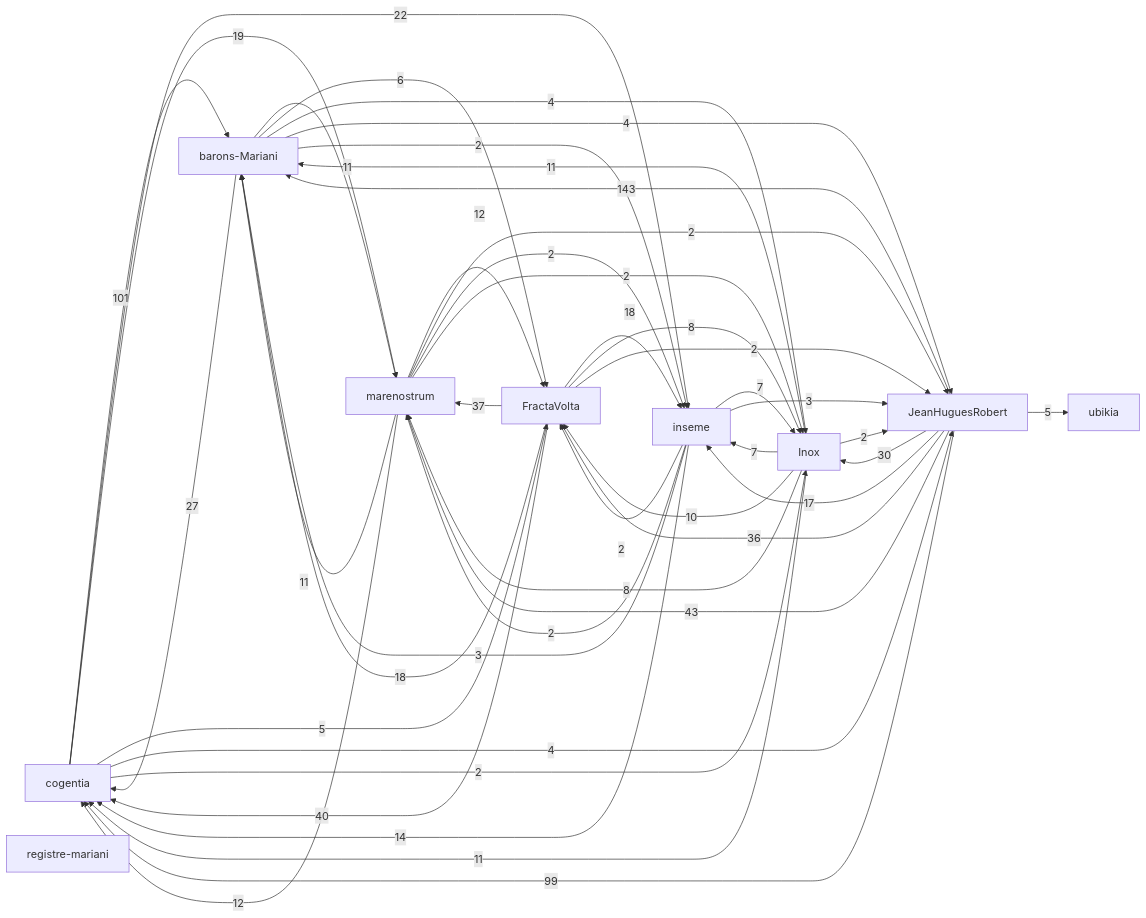
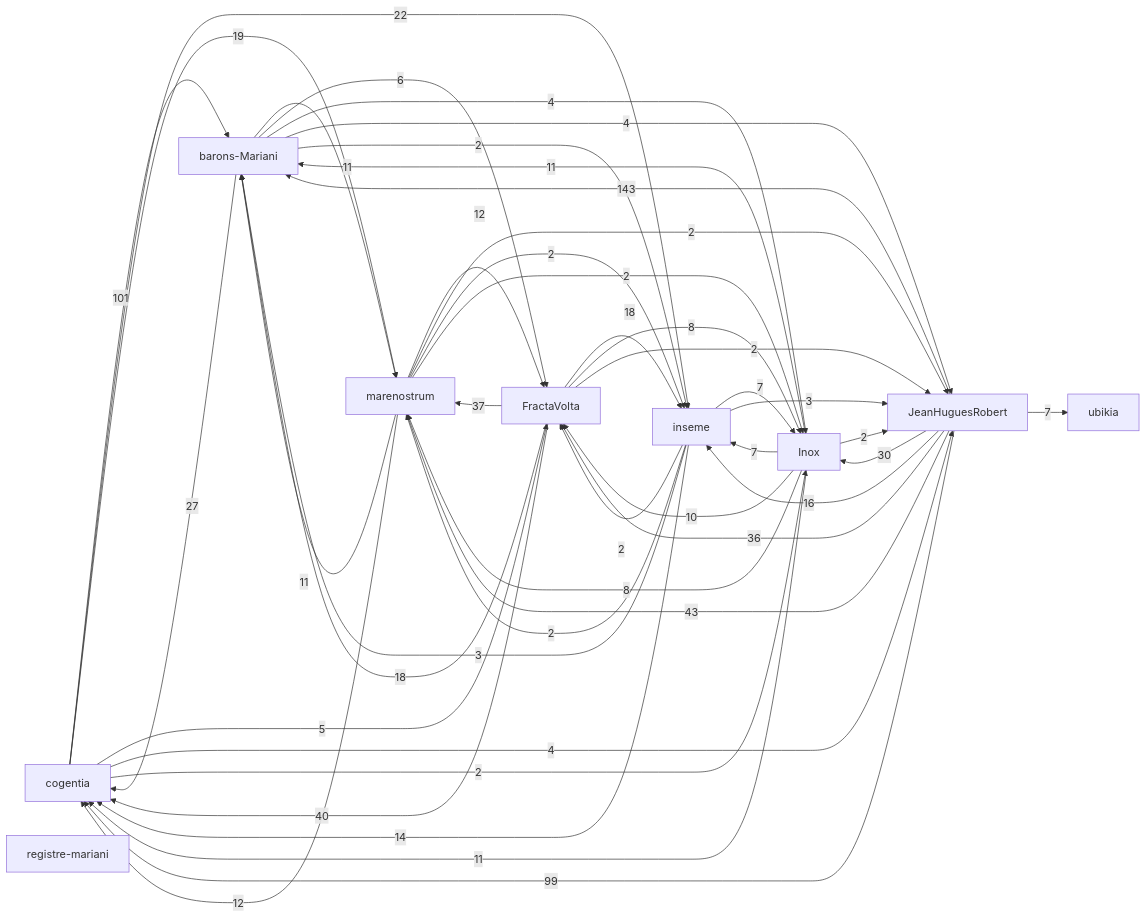
The first of 2 diagrams in research/corpus-status.md (JeanHuguesRobert/ubikia), drawn with Mermaid before and after one commit.

Commit message:
Refresh corpus status snapshot

````diff
--- a/research/corpus-status.md
+++ b/research/corpus-status.md
@@ -29,55 +29,55 @@
 ```mermaid
 graph LR
   r_cogentia["cogentia"]
   r_fractavolta["FractaVolta"]
   r_marenostrum["marenostrum"]
   r_barons_mariani["barons-Mariani"]
   r_inseme["inseme"]
   r_inox["Inox"]
   r_registre_mariani["registre-mariani"]
   r_ubikia["ubikia"]
   r_jeanhuguesrobert["JeanHuguesRobert"]
   r_jeanhuguesrobert -->|143| r_barons_mariani
   r_cogentia -->|101| r_barons_mariani
   r_jeanhuguesrobert -->|99| r_cogentia
   r_jeanhuguesrobert -->|43| r_marenostrum
   r_fractavolta -->|40| r_cogentia
   r_fractavolta -->|37| r_marenostrum
   r_jeanhuguesrobert -->|36| r_fractavolta
   r_jeanhuguesrobert -->|30| r_inox
   r_barons_mariani -->|27| r_cogentia
   r_cogentia -->|22| r_inseme
   r_cogentia -->|19| r_marenostrum
   r_fractavolta -->|18| r_inseme
   r_fractavolta -->|18| r_barons_mariani
-  r_jeanhuguesrobert -->|17| r_inseme
+  r_jeanhuguesrobert -->|16| r_inseme
   r_inseme -->|14| r_cogentia
   r_marenostrum -->|12| r_fractavolta
   r_marenostrum -->|12| r_cogentia
   r_barons_mariani -->|11| r_marenostrum
   r_inox -->|11| r_barons_mariani
   r_inox -->|11| r_cogentia
   r_marenostrum -->|11| r_barons_mariani
   r_inox -->|10| r_fractavolta
   r_fractavolta -->|8| r_inox
   r_inox -->|8| r_marenostrum
   r_inox -->|7| r_inseme
   r_inseme -->|7| r_inox
+  r_jeanhuguesrobert -->|7| r_ubikia
   r_barons_mariani -->|6| r_fractavolta
   r_cogentia -->|5| r_fractavolta
-  r_jeanhuguesrobert -->|5| r_ubikia
   r_barons_mariani -->|4| r_inox
   r_barons_mariani -->|4| r_jeanhuguesrobert
   r_cogentia -->|4| r_jeanhuguesrobert
   r_inseme -->|3| r_barons_mariani
   r_inseme -->|3| r_jeanhuguesrobert
   r_barons_mariani -->|2| r_inseme
   r_cogentia -->|2| r_inox
   r_fractavolta -->|2| r_jeanhuguesrobert
   r_inox -->|2| r_jeanhuguesrobert
   r_inseme -->|2| r_marenostrum
   r_inseme -->|2| r_fractavolta
   r_marenostrum -->|2| r_jeanhuguesrobert
   r_marenostrum -->|2| r_inseme
   r_marenostrum -->|2| r_inox
 ```
````
